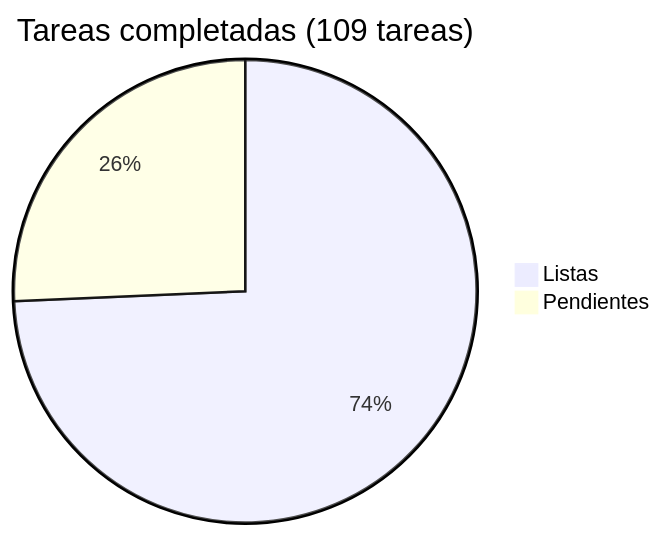
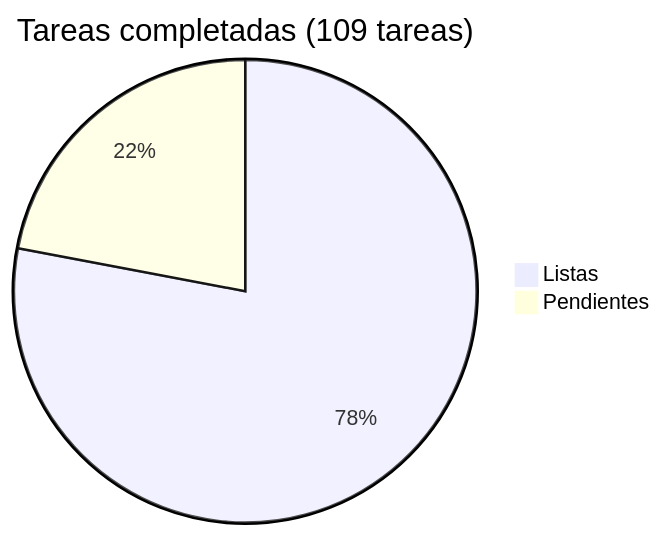
One commit to araguaney-lat/araguaney changed the diagram in docs/roadmap/README.md. Above: the diagram before and after it, drawn with Mermaid. The commit also changed other lines of this file and 10 other files, not shown here.

````diff
--- a/docs/roadmap/README.md
+++ b/docs/roadmap/README.md
@@ -5,5 +5,5 @@
 ```mermaid
 pie title Tareas completadas (109 tareas)
-    "Listas" : 81
-    "Pendientes" : 28
+    "Listas" : 85
+    "Pendientes" : 24
 ```
````
